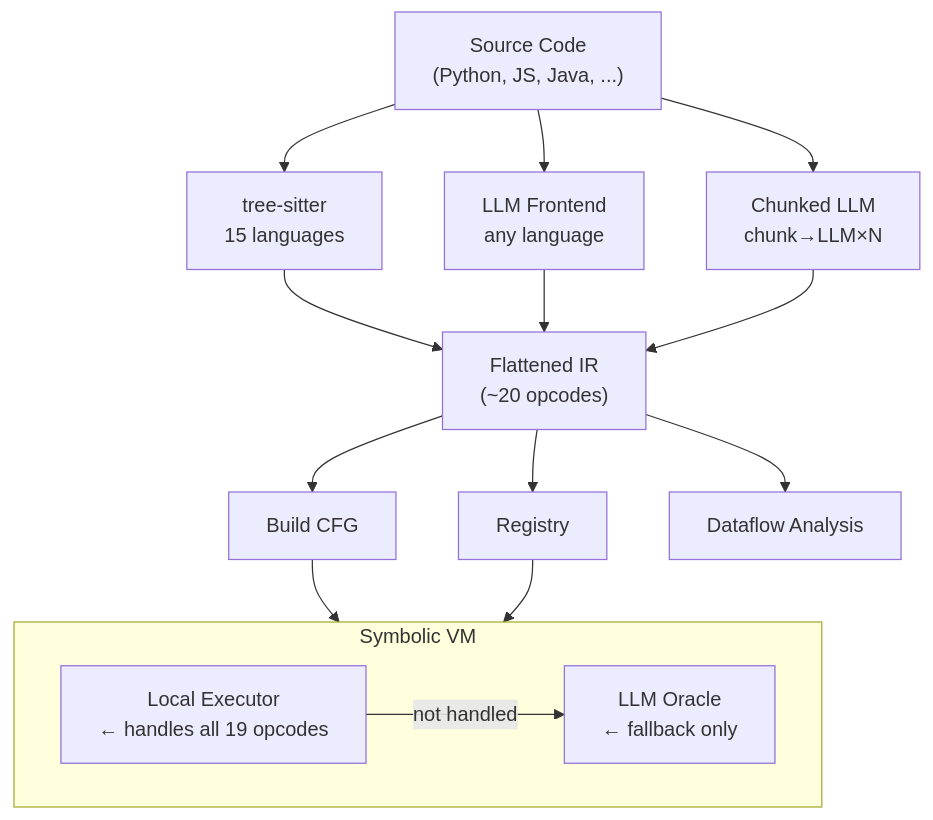
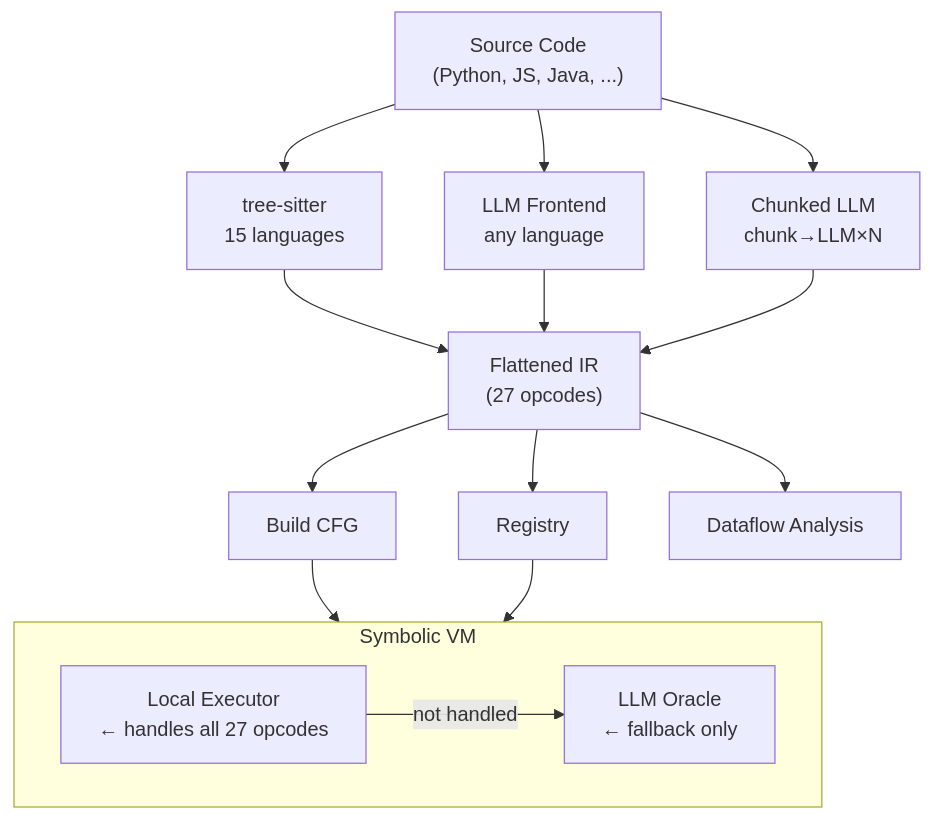
One commit to avishek-sen-gupta/red-dragon changed the first of 5 diagrams in docs/notes-on-vm-design.md. Above: the diagram before and after it, drawn with Mermaid. The commit also changed other lines of this file and 6 other files, not shown here.

````diff
--- a/docs/notes-on-vm-design.md
+++ b/docs/notes-on-vm-design.md
@@ -33,24 +33,24 @@
 ```mermaid
 flowchart TD
     src["Source Code\n(Python, JS, Java, ...)"]
     ts["tree-sitter\n15 languages"]
     llm["LLM Frontend\nany language"]
     chunked["Chunked LLM\nchunk→LLM×N"]
-    ir["Flattened IR\n(~20 opcodes)"]
+    ir["Flattened IR\n(27 opcodes)"]
     cfg["Build CFG"]
     reg["Registry"]
     df["Dataflow Analysis"]
 
     src --> ts & llm & chunked
     ts & llm & chunked --> ir
     ir --> cfg & reg & df
 
     subgraph VM ["Symbolic VM"]
-        exec["Local Executor\n← handles all 19 opcodes"]
+        exec["Local Executor\n← handles all 27 opcodes"]
         oracle["LLM Oracle\n← fallback only"]
         exec -- "not handled" --> oracle
     end
 
     cfg --> VM
     reg --> VM
 ```
````
